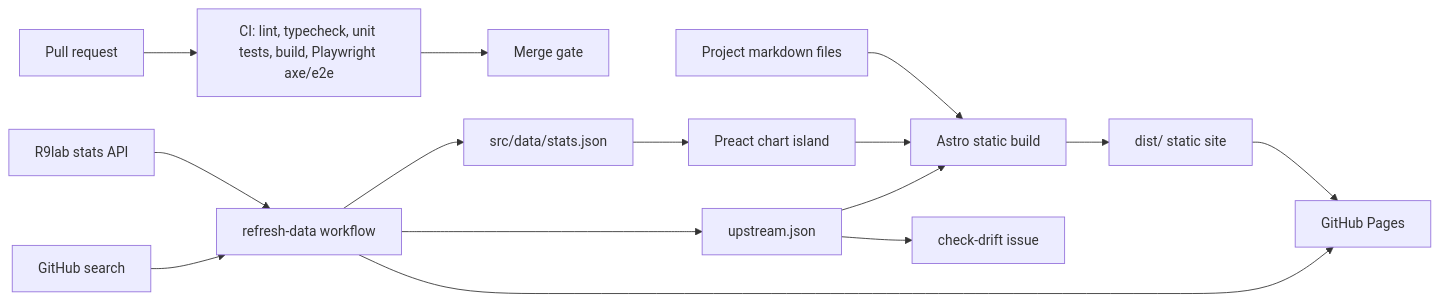
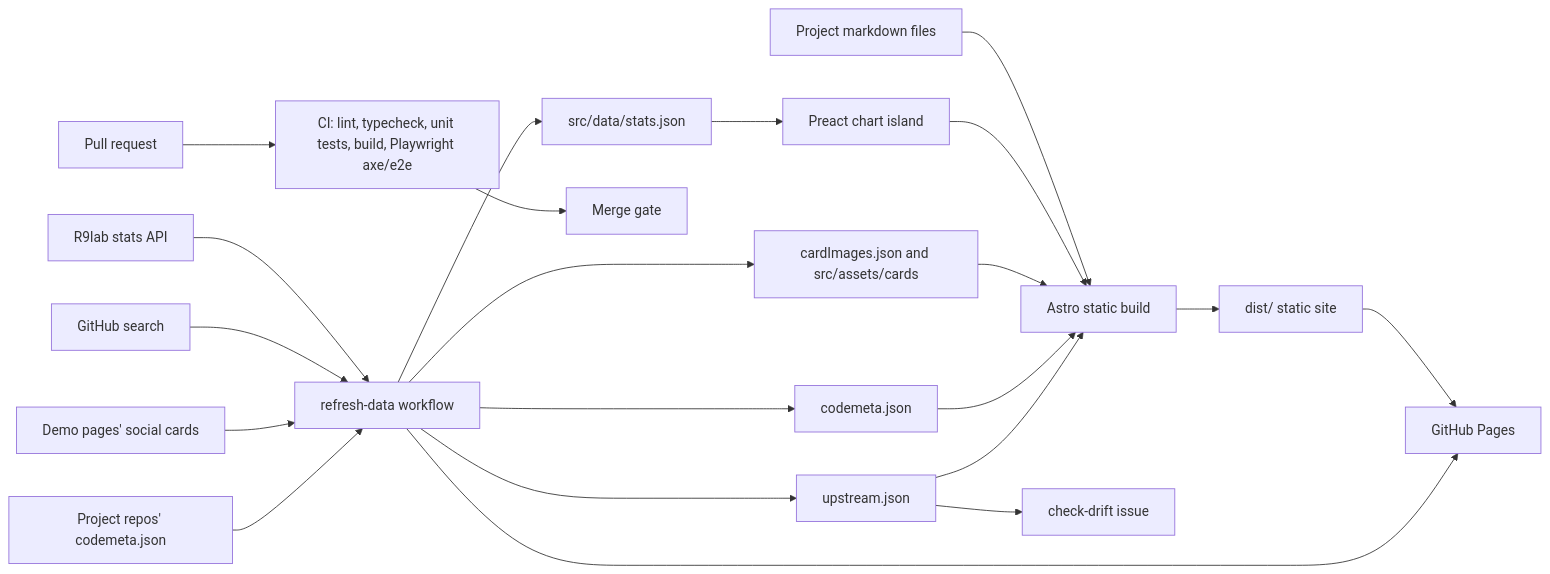
Before and after one commit to simonvanlierde/simonvanlierde.github.io: the diagram in docs/architecture.md, drawn with Mermaid. The commit also changed other lines of this file and 8 other files, not shown here.

First line of the commit message:
refactor(scripts): share the card reader and the as_of rule between refresh scripts

````diff
--- a/docs/architecture.md
+++ b/docs/architecture.md
@@ -5,19 +5,25 @@
 ```mermaid
 flowchart LR
   author[Project markdown files] --> astro[Astro static build]
   stats[src/data/stats.json] --> island[Preact chart island]
   island --> astro
   astro --> dist[dist/ static site]
   dist --> pages[GitHub Pages]
 
   r9lab[R9lab stats API] --> refresh[refresh-data workflow]
   search[GitHub search] --> refresh
   refresh --> stats
   refresh --> upjson[upstream.json]
+  demos[Demo pages' social cards] --> refresh
+  repos[Project repos' codemeta.json] --> refresh
+  refresh --> cards[cardImages.json and src/assets/cards]
+  refresh --> codemeta[codemeta.json]
+  cards --> astro
+  codemeta --> astro
   upjson --> astro
   upjson --> drift[check-drift issue]
   refresh --> pages
 
   pr[Pull request] --> ci[CI: lint, typecheck, unit tests, build, Playwright axe/e2e]
   ci --> review[Merge gate]
 ```
````
